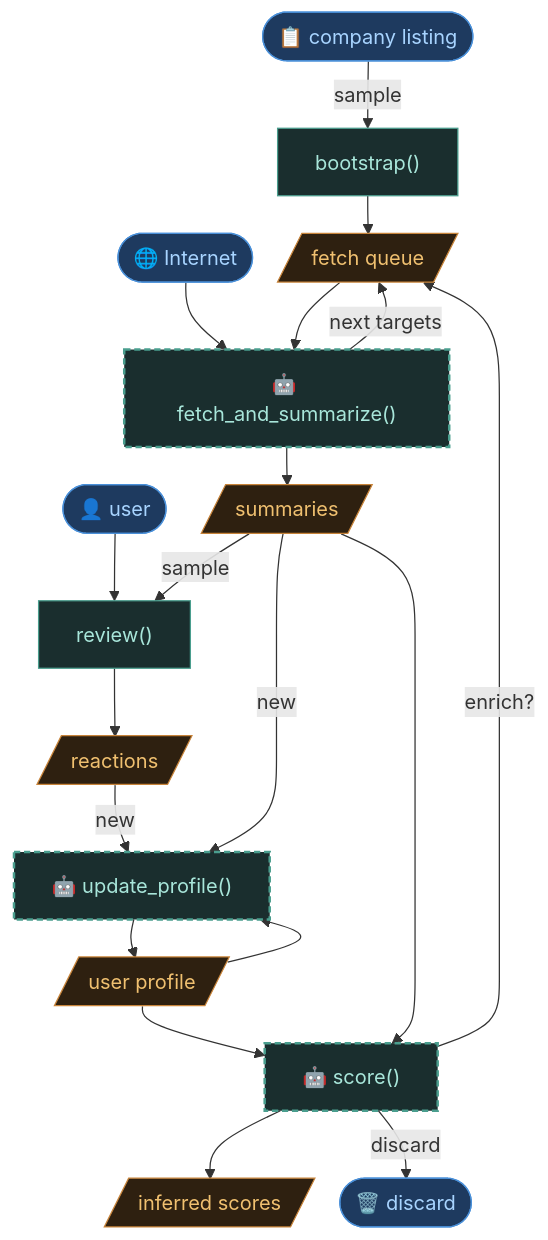
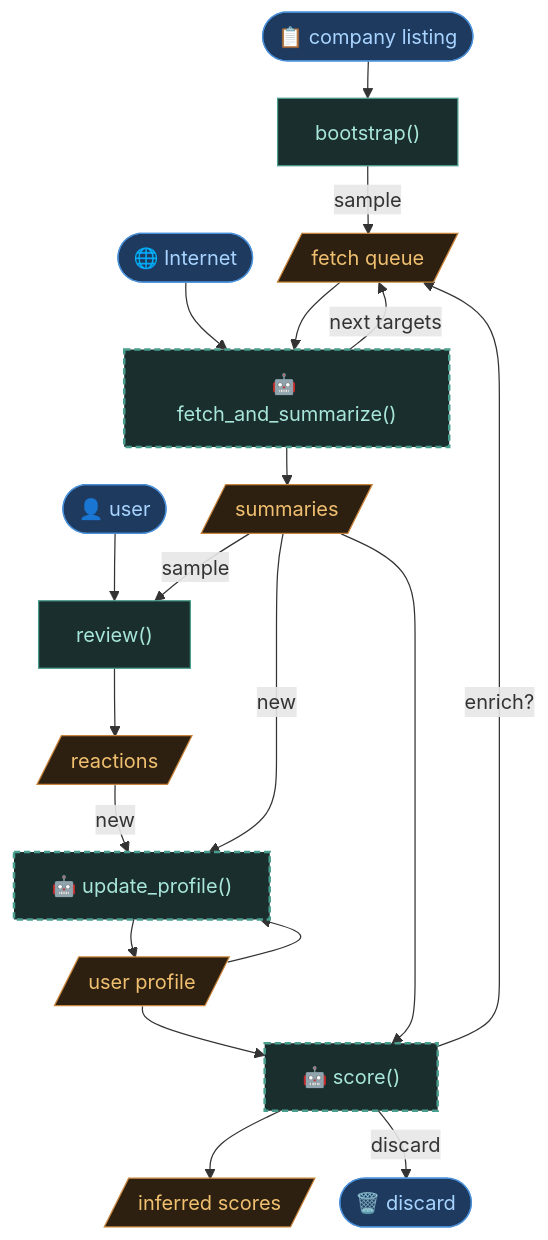
The diagram in docs/specs/21_pipeline_overview.md (xdze2/anpe2k26), drawn with Mermaid before and after one commit. The commit also changed other lines of this file, not shown here.

````diff
--- a/docs/specs/21_pipeline_overview.md
+++ b/docs/specs/21_pipeline_overview.md
@@ -13,59 +14,59 @@
 ```mermaid
 %%{init: {"flowchart": {"rankSpacing": 30, "nodeSpacing": 20}} }%%
 flowchart TD
     %% external inputs
     LISTING(["📋 company listing"])
     INTERNET(["🌐 Internet"])
     USER(["👤 user"])
 
     %% process steps
     BOOTSTRAP["bootstrap()"]
     RUN["🤖 fetch_and_summarize()"]
     REVIEW["review()"]
     PROFILE["🤖 update_profile()"]
     SCORE["🤖 score()"]
 
     %% data artifacts
     QUEUE[/"fetch queue"/]
     SUMMARIES[/"summaries"/]
     REACTIONS[/"reactions"/]
     PROF_DATA[/"user profile"/]
     SCORES[/"inferred scores"/]
 
     DISCARD(["🗑️ discard"])
 
     %% flow
-    LISTING -->|sample| BOOTSTRAP
-    BOOTSTRAP --> QUEUE
+    LISTING --> BOOTSTRAP
+    BOOTSTRAP -->|sample| QUEUE
 
     INTERNET --> RUN
     QUEUE --> RUN
     RUN --> SUMMARIES
     RUN -->|next targets| QUEUE
 
     USER --> REVIEW
     SUMMARIES -->|sample| REVIEW
     REVIEW --> REACTIONS
 
     REACTIONS -->|new| PROFILE
     SUMMARIES -->|new| PROFILE
     PROF_DATA --> PROFILE
     PROFILE --> PROF_DATA
 
     PROF_DATA --> SCORE
     SUMMARIES --> SCORE
     SCORE --> SCORES
     SCORE -->|enrich?| QUEUE
     SCORE -->|discard| DISCARD
 
     %% styles
     classDef input  fill:#1e3a5f,stroke:#4a90d9,color:#a8d4ff
     classDef step   fill:#1a2e2e,stroke:#4a9e8e,color:#a8e6da
     classDef llm    fill:#1a2e2e,stroke:#4a9e8e,color:#a8e6da,stroke-width:2px,stroke-dasharray:5 3
     classDef data   fill:#2e2010,stroke:#c8843a,color:#f0c070
 
     class LISTING,INTERNET,USER,DISCARD input
     class BOOTSTRAP,REVIEW step
     class RUN,PROFILE,SCORE llm
     class QUEUE,SUMMARIES,REACTIONS,PROF_DATA,SCORES data
 ```
````
